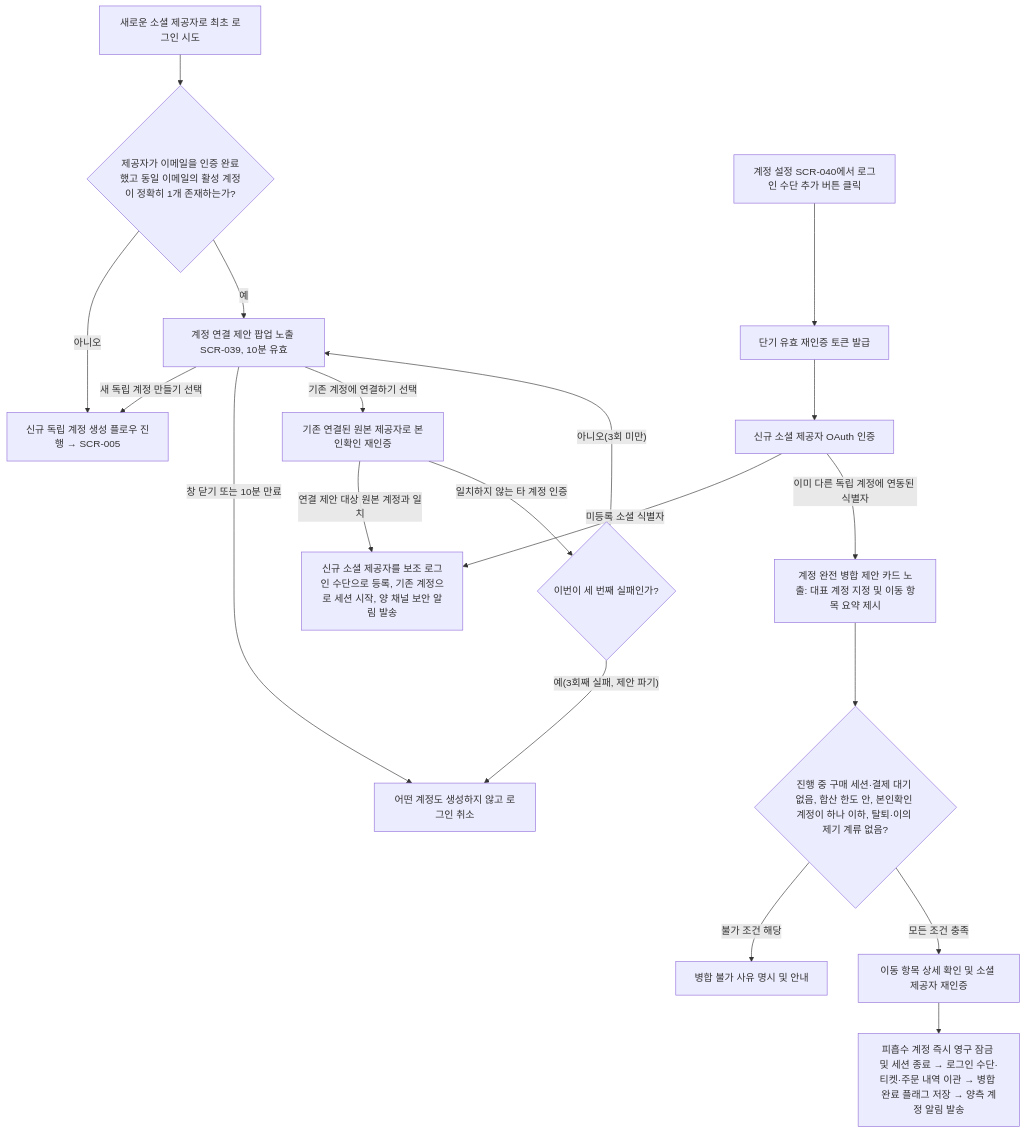
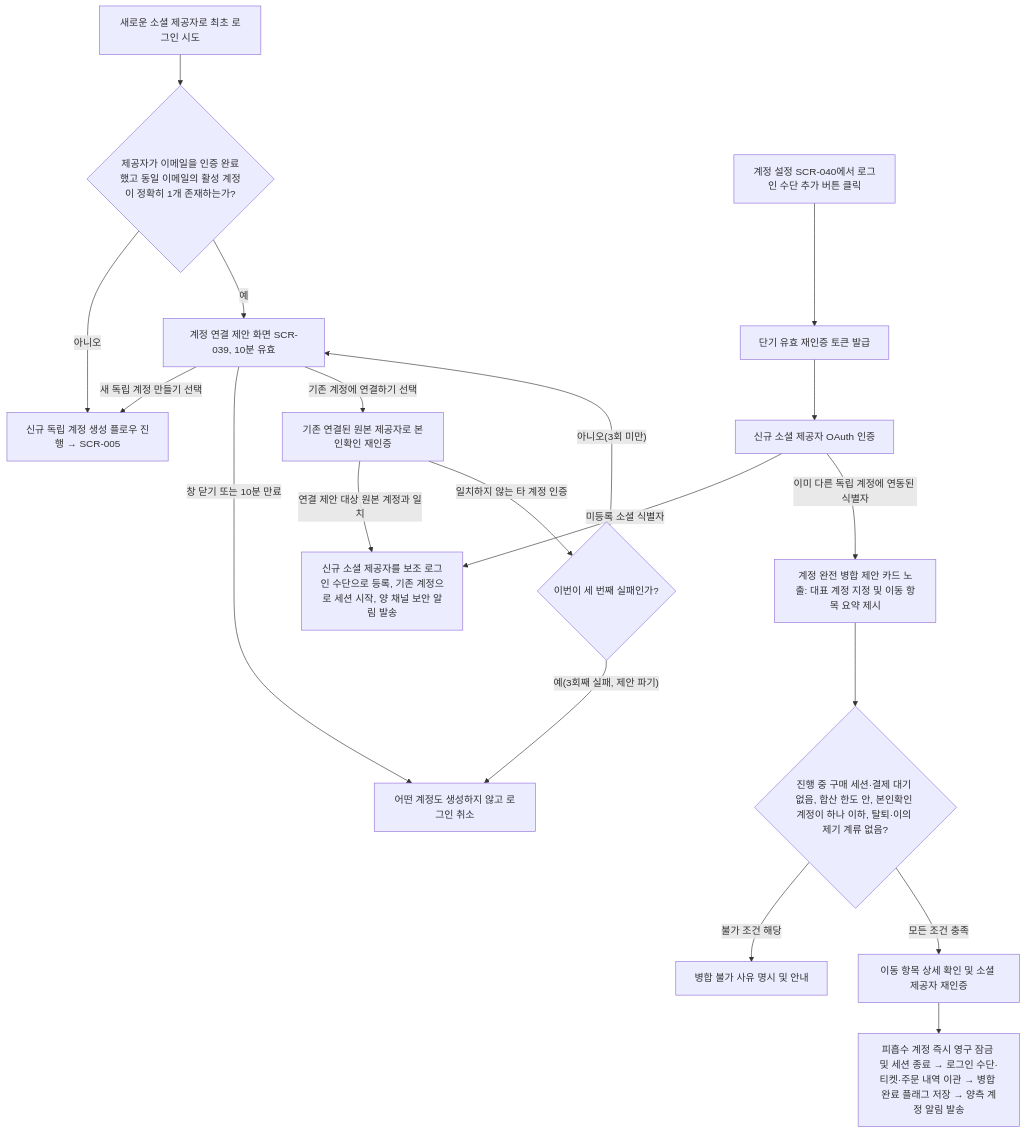
Before and after one commit to peaket/peaket: diagram 11 of 13 in planning/04-ia-flows-screens.md, drawn with Mermaid. The commit also changed other lines of this file and 85 other files, not shown here.

````diff
--- a/planning/04-ia-flows-screens.md
+++ b/planning/04-ia-flows-screens.md
@@ -373,19 +373,19 @@
 ```mermaid
 flowchart TD
     A[새로운 소셜 제공자로 최초 로그인 시도] --> B{제공자가 이메일을 인증 완료했고 동일 이메일의 활성 계정이 정확히 1개 존재하는가?}
     B -- 아니오 --> N[신규 독립 계정 생성 플로우 진행 → SCR-005]
-    B -- 예 --> P[계정 연결 제안 팝업 노출 SCR-039, 10분 유효]
+    B -- 예 --> P[계정 연결 제안 화면 SCR-039, 10분 유효]
     P -- 새 독립 계정 만들기 선택 --> N
     P -- 창 닫기 또는 10분 만료 --> Z[어떤 계정도 생성하지 않고 로그인 취소]
     P -- 기존 계정에 연결하기 선택 --> V[기존 연결된 원본 제공자로 본인확인 재인증]
     V -- 연결 제안 대상 원본 계정과 일치 --> L[신규 소셜 제공자를 보조 로그인 수단으로 등록, 기존 계정으로 세션 시작, 양 채널 보안 알림 발송]
     V -- 일치하지 않는 타 계정 인증 --> V2{이번이 세 번째 실패인가?}
     V2 -- 아니오(3회 미만) --> P
     V2 -- 예(3회째 실패, 제안 파기) --> Z
     S[계정 설정 SCR-040에서 로그인 수단 추가 버튼 클릭] --> R[단기 유효 재인증 토큰 발급] --> O[신규 소셜 제공자 OAuth 인증]
     O -- 미등록 소셜 식별자 --> L
     O -- 이미 다른 독립 계정에 연동된 식별자 --> M[계정 완전 병합 제안 카드 노출: 대표 계정 지정 및 이동 항목 요약 제시]
     M --> C{진행 중 구매 세션·결제 대기 없음, 합산 한도 안, 본인확인 계정이 하나 이하, 탈퇴·이의 제기 계류 없음?}
     C -- 불가 조건 해당 --> X[병합 불가 사유 명시 및 안내]
     C -- 모든 조건 충족 --> K[이동 항목 상세 확인 및 소셜 제공자 재인증] --> G[피흡수 계정 즉시 영구 잠금 및 세션 종료 → 로그인 수단·티켓·주문 내역 이관 → 병합 완료 플래그 저장 → 양측 계정 알림 발송]
 ```
````
